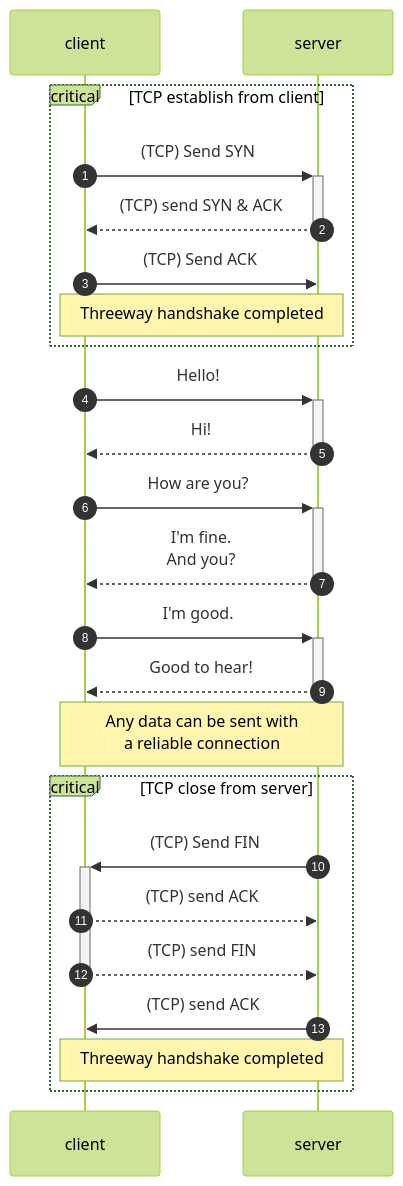
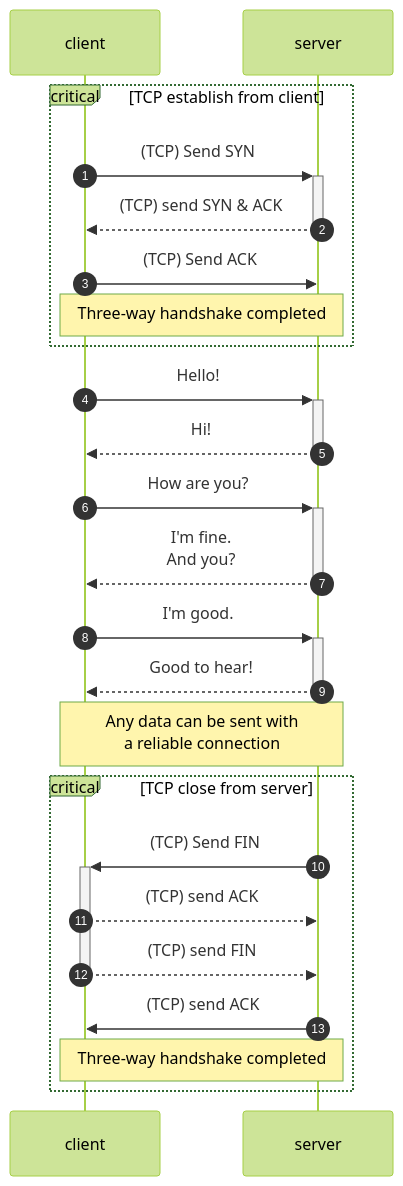
Before and after one commit to richardnguyen99/www.richardhnguyen.com: the first of 3 diagrams in src/posts/the-backbone-of-internet-tcp.mdx, drawn with Mermaid (forest theme). The commit also changed other lines of this file and 9 other files, not shown here.

````diff
--- a/src/posts/the-backbone-of-internet-tcp.mdx
+++ b/src/posts/the-backbone-of-internet-tcp.mdx
@@ -84,36 +84,36 @@
 ```mermaid
 sequenceDiagram
     autonumber
     participant client
     participant server
 
 
     critical TCP establish from client
         client->>+server: (TCP) Send SYN
         server-->>-client: (TCP) send SYN & ACK
         client->>server: (TCP) Send ACK
 
-        Note over client,server: Threeway handshake completed
+        Note over client,server: Three-way handshake completed
     end
 
     client->>+server: Hello!
     server-->>-client: Hi!
 
     client->>+server: How are you?
     server-->>-client: I'm fine.<br/>And you?
 
     client->>+server: I'm good.
     server-->>-client: Good to hear!
 
     Note over client,server: Any data can be sent with<br />a reliable connection
 
 
     critical TCP close from server
         server->>+client: (TCP) Send FIN
         client-->>server: (TCP) send ACK
         client-->>-server: (TCP) send FIN
         server->>client: (TCP) send ACK
 
-        Note over client,server: Threeway handshake completed
+        Note over client,server: Three-way handshake completed
     end
 ```
````
